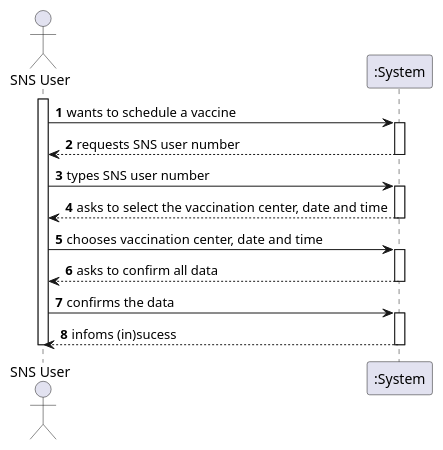
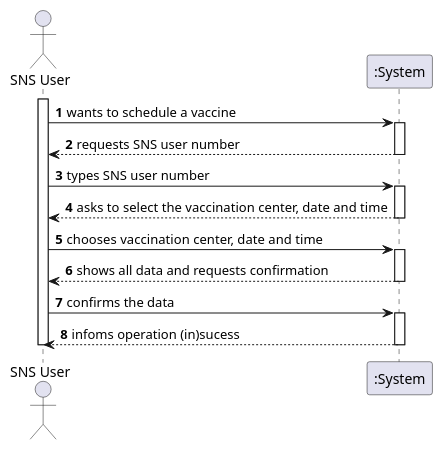
One commit to diogonapoles/isep-lapr2 changed the diagram in docs/SprintC/US1/US1_SSD.puml. Above: the diagram before and after it, drawn with PlantUML. The commit also changed 1 other file, not shown here.

```diff
--- a/docs/SprintC/US1/US1_SSD.puml
+++ b/docs/SprintC/US1/US1_SSD.puml
@@ -1,31 +1,31 @@
 @startuml
 'https://plantuml.com/sequence-diagram
 
 autonumber
 
 actor "SNS User" as User
 
 activate User
 User -> ":System" : wants to schedule a vaccine
 activate ":System"
 ":System" --> User : requests SNS user number
 deactivate ":System"
 
 User -> ":System" : types SNS user number
 activate ":System"
 ":System" --> User : asks to select the vaccination center, date and time
 deactivate ":System"
 
 User -> ":System" : chooses vaccination center, date and time
 activate ":System"
-":System" --> User : asks to confirm all data
+":System" --> User : shows all data and requests confirmation
 deactivate ":System"
 
 User-> ":System" : confirms the data
 activate ":System"
-":System" --> User : infoms (in)sucess
+":System" --> User : infoms operation (in)sucess
 deactivate ":System"
 
 
 deactivate User
 @enduml
```
